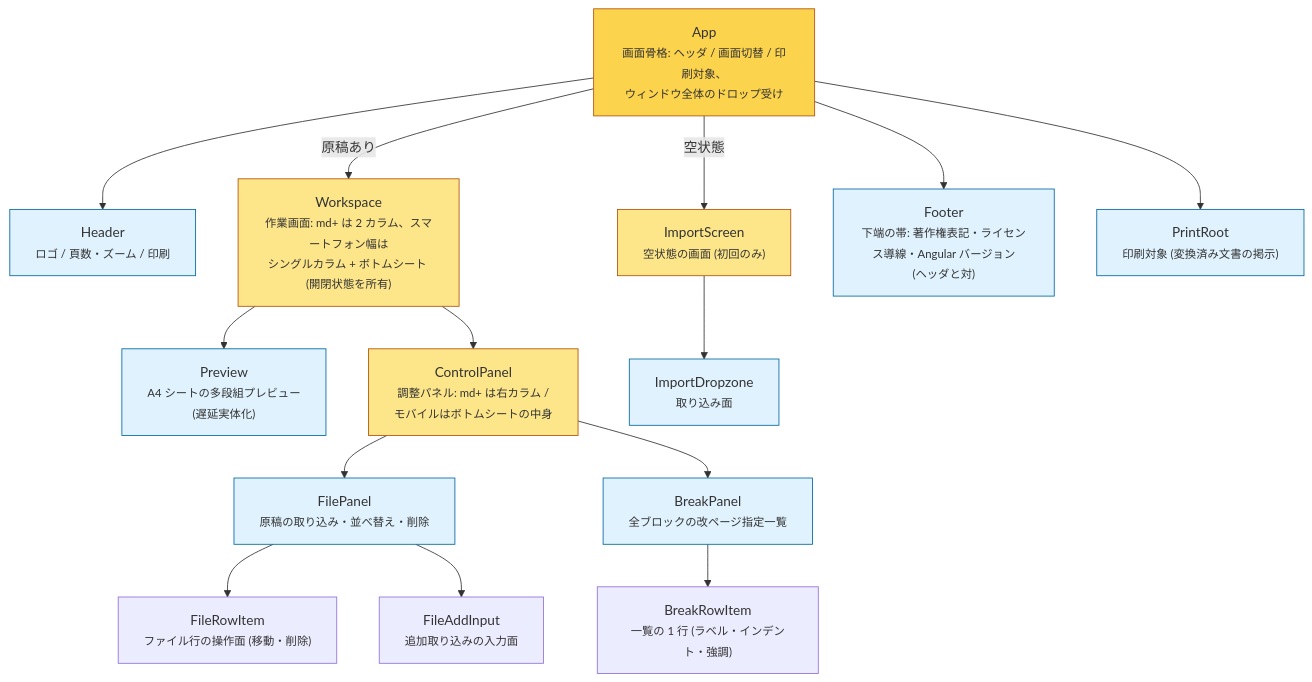
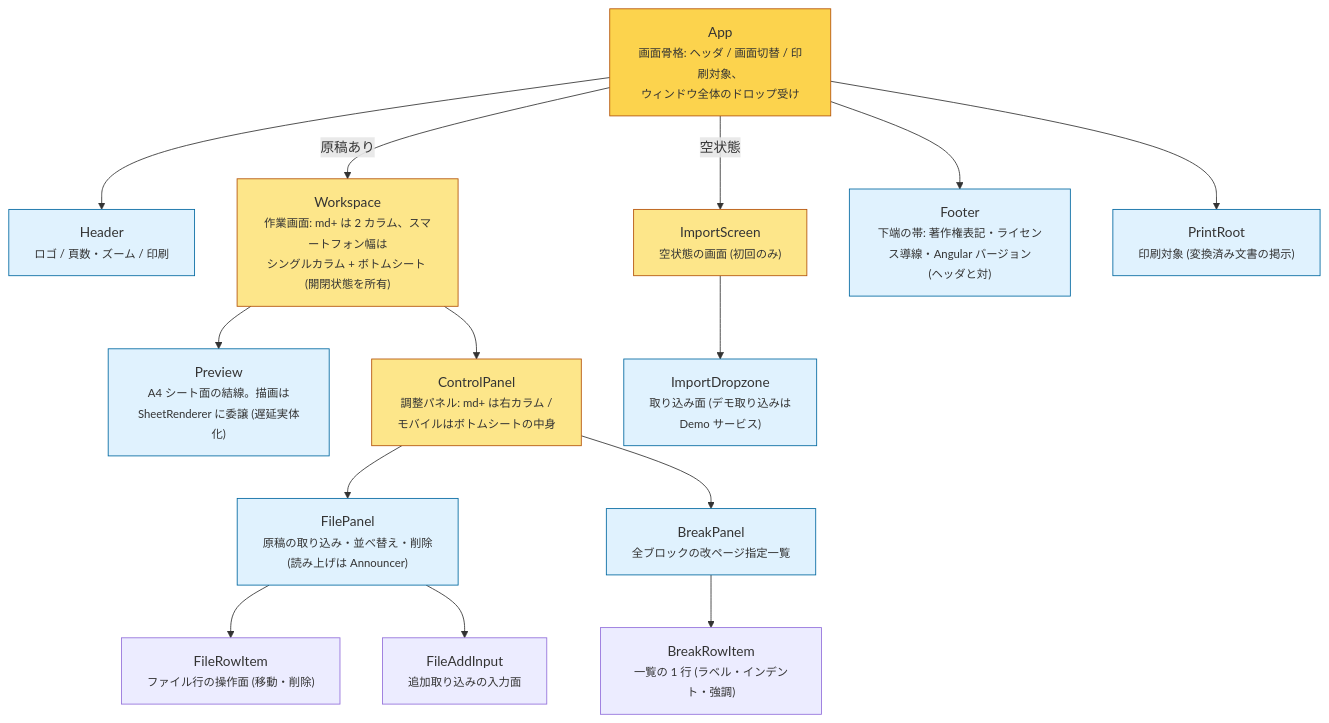
One commit to lacolaco/printmd changed the diagram in docs/component-tree.md. Above: the diagram before and after it, drawn with Mermaid. The commit also changed other lines of this file and 78 other files, not shown here.

````diff
--- a/docs/component-tree.md
+++ b/docs/component-tree.md
@@ -6,38 +6,38 @@
 ```mermaid
 flowchart TB
   APP["App<br/><small>画面骨格: ヘッダ / 画面切替 / 印刷対象、<br/>ウィンドウ全体のドロップ受け</small>"]
   HEADER["Header<br/><small>ロゴ / 頁数・ズーム / 印刷</small>"]
   WS["Workspace<br/><small>作業画面: md+ は 2 カラム、スマートフォン幅は<br/>シングルカラム + ボトムシート (開閉状態を所有)</small>"]
   IMPORT["ImportScreen<br/><small>空状態の画面 (初回のみ)</small>"]
-  PREVIEW["Preview<br/><small>A4 シートの多段組プレビュー<br/>(遅延実体化)</small>"]
+  PREVIEW["Preview<br/><small>A4 シート面の結線。描画は<br/>SheetRenderer に委譲 (遅延実体化)</small>"]
   PANEL["ControlPanel<br/><small>調整パネル: md+ は右カラム /<br/>モバイルはボトムシートの中身</small>"]
-  FILEP["FilePanel<br/><small>原稿の取り込み・並べ替え・削除</small>"]
+  FILEP["FilePanel<br/><small>原稿の取り込み・並べ替え・削除<br/>(読み上げは Announcer)</small>"]
   BREAKP["BreakPanel<br/><small>全ブロックの改ページ指定一覧</small>"]
   BREAKROW["BreakRowItem<br/><small>一覧の 1 行 (ラベル・インデント・強調)</small>"]
   FILEROW["FileRowItem<br/><small>ファイル行の操作面 (移動・削除)</small>"]
   FILEADD["FileAddInput<br/><small>追加取り込みの入力面</small>"]
   FOOTER["Footer<br/><small>下端の帯: 著作権表記・ライセンス導線・Angular バージョン<br/>(ヘッダと対)</small>"]
-  DROP["ImportDropzone<br/><small>取り込み面</small>"]
+  DROP["ImportDropzone<br/><small>取り込み面 (デモ取り込みは<br/>Demo サービス)</small>"]
   PRINT["PrintRoot<br/><small>印刷対象 (変換済み文書の掲示)</small>"]
 
   APP --> HEADER
   APP --> FOOTER
   APP -->|"原稿あり"| WS
   APP -->|"空状態"| IMPORT
   APP --> PRINT
   WS --> PREVIEW
   WS --> PANEL
   PANEL --> FILEP
   PANEL --> BREAKP
   BREAKP --> BREAKROW
   FILEP --> FILEROW
   FILEP --> FILEADD
   IMPORT --> DROP
 
   classDef shell fill:#fcd34d,stroke:#b45309
   classDef layout fill:#fde68a,stroke:#b45309
   classDef leaf fill:#e0f2fe,stroke:#0369a1
   class APP shell
   class WS,PANEL,IMPORT layout
   class HEADER,PREVIEW,FILEP,BREAKP,FOOTER,DROP,PRINT leaf
 ```
````
